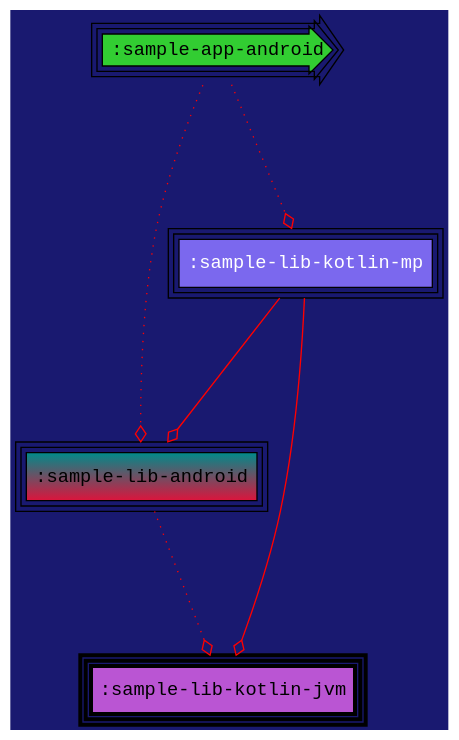
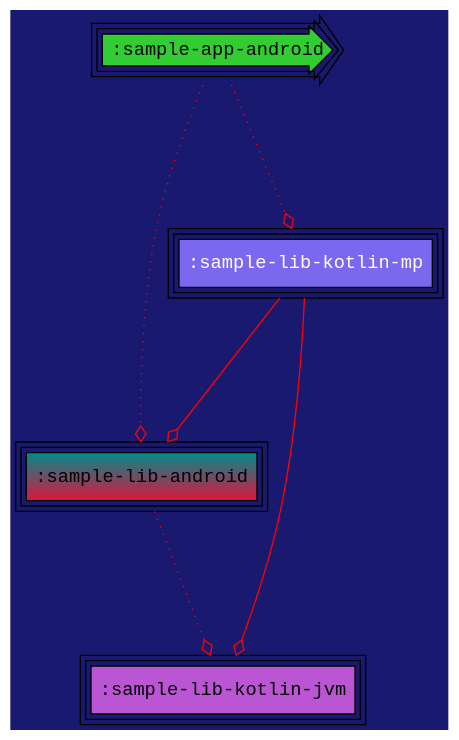
Before and after one commit to jonapoul/atlas: the diagram in samples/sample-graphviz/sample-lib-kotlin-jvm/modular/chart.dot, drawn with Graphviz. The commit also changed 43 other files, not shown here.

```diff
--- a/samples/sample-graphviz/sample-lib-kotlin-jvm/modular/chart.dot
+++ b/samples/sample-graphviz/sample-lib-kotlin-jvm/modular/chart.dot
@@ -1,14 +1,14 @@
 digraph {
   edge [arrowhead="ediamond",arrowtail="none",color="red",labelfloat="true",fontcolor="lime"]
   graph [layout="dot",bgcolor="MidnightBlue",fontsize="30",rankdir="TB",ranksep="1.5"]
   node [fontname="Courier New",peripheries="3",style="filled",shape="box"]
   ":sample-app-android" [shape="rarrow",style="radial",fillcolor="limegreen"]
   ":sample-lib-android" [gradientangle="90",fillcolor="crimson:cyan4"]
-  ":sample-lib-kotlin-jvm" [penwidth="3",fillcolor="mediumorchid"]
+  ":sample-lib-kotlin-jvm" [fillcolor="mediumorchid"]
   ":sample-lib-kotlin-mp" [fontcolor="white",fillcolor="mediumslateblue"]
   ":sample-app-android" -> ":sample-lib-android" [style="dotted"]
   ":sample-app-android" -> ":sample-lib-kotlin-mp" [style="dotted"]
   ":sample-lib-android" -> ":sample-lib-kotlin-jvm" [style="dotted"]
   ":sample-lib-kotlin-mp" -> ":sample-lib-android" [style="solid"]
   ":sample-lib-kotlin-mp" -> ":sample-lib-kotlin-jvm" [style="solid"]
 }
```
